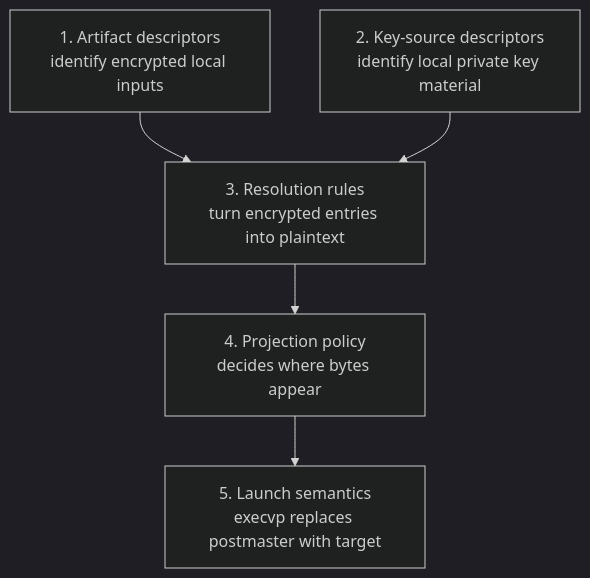
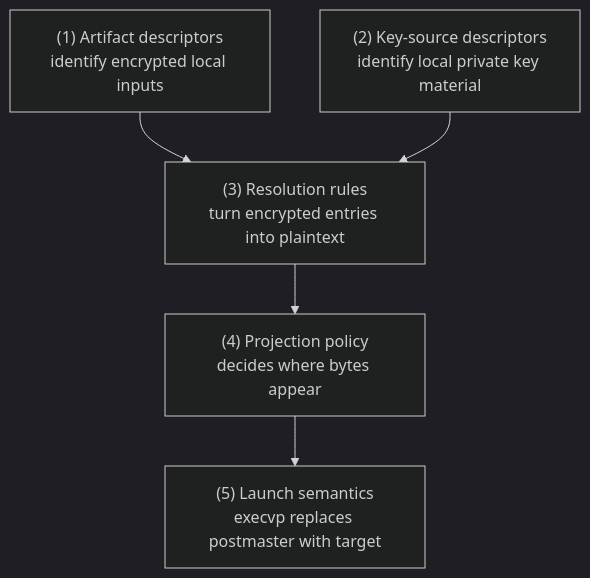
Before and after one commit to beardedeagle/postmaster: the diagram in docs/src/architecture/materialization-abi.md, drawn with Mermaid (dark theme). The commit also changed 8 other files, not shown here.

First line of the commit message:
docs: fix mermaid diagram rendering across the book

````diff
--- a/docs/src/architecture/materialization-abi.md
+++ b/docs/src/architecture/materialization-abi.md
@@ -62,13 +62,13 @@
 ```mermaid
 flowchart TD
-    art["1. Artifact descriptors\nidentify encrypted local inputs"]
-    key["2. Key-source descriptors\nidentify local private key material"]
-    res["3. Resolution rules\nturn encrypted entries into plaintext"]
-    proj["4. Projection policy\ndecides where bytes appear"]
-    launch["5. Launch semantics\nexecvp replaces postmaster with target"]
+    art["(1) Artifact descriptors<br/>identify encrypted local inputs"]
+    key["(2) Key-source descriptors<br/>identify local private key material"]
+    res["(3) Resolution rules<br/>turn encrypted entries into plaintext"]
+    proj["(4) Projection policy<br/>decides where bytes appear"]
+    launch["(5) Launch semantics<br/>execvp replaces postmaster with target"]
 
     art --> res
     key --> res
     res --> proj
     proj --> launch
 ```
````
